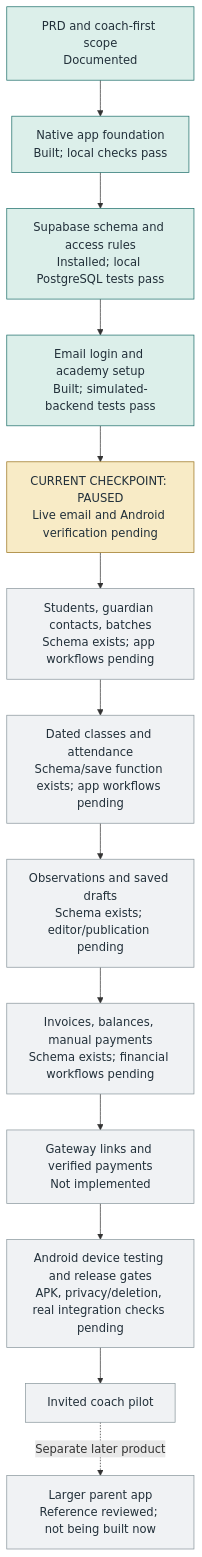
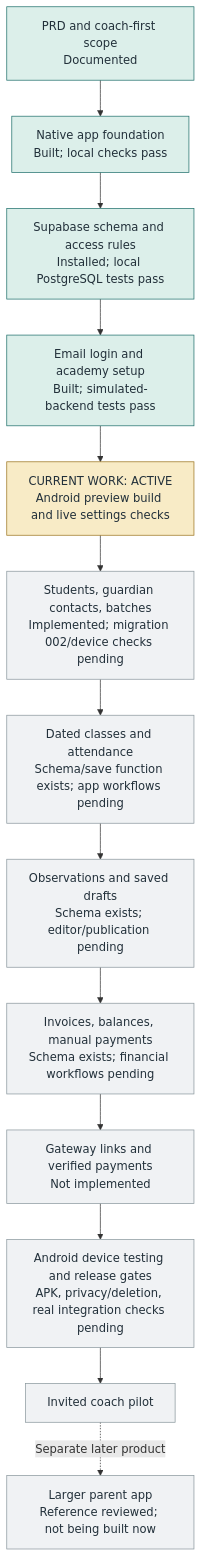
Before and after one commit to appsworld2027/Parent-plus-: the diagram in PROGRESS.md, drawn with Mermaid. The commit also changed other lines of this file and 29 other files, not shown here.

Commit message:
Build tested student and batch management; automate Android preview

````diff
--- a/PROGRESS.md
+++ b/PROGRESS.md
@@ -16,21 +16,21 @@
 ```mermaid
 flowchart TD
     A["PRD and coach-first scope<br/>Documented"] --> B["Native app foundation<br/>Built; local checks pass"]
     B --> C["Supabase schema and access rules<br/>Installed; local PostgreSQL tests pass"]
     C --> D["Email login and academy setup<br/>Built; simulated-backend tests pass"]
-    D --> E["CURRENT CHECKPOINT: PAUSED<br/>Live email and Android verification pending"]
-    E --> F["Students, guardian contacts, batches<br/>Schema exists; app workflows pending"]
+    D --> E["CURRENT WORK: ACTIVE<br/>Android preview build and live settings checks"]
+    E --> F["Students, guardian contacts, batches<br/>Implemented; migration 002/device checks pending"]
     F --> G["Dated classes and attendance<br/>Schema/save function exists; app workflows pending"]
     G --> H["Observations and saved drafts<br/>Schema exists; editor/publication pending"]
     H --> I["Invoices, balances, manual payments<br/>Schema exists; financial workflows pending"]
     I --> J["Gateway links and verified payments<br/>Not implemented"]
     J --> K["Android device testing and release gates<br/>APK, privacy/deletion, real integration checks pending"]
     K --> L["Invited coach pilot"]
     L -. "Separate later product" .-> M["Larger parent app<br/>Reference reviewed; not being built now"]
     classDef implemented fill:#dcefea,stroke:#1f6f6b,color:#22303a;
     classDef checkpoint fill:#f8ebc6,stroke:#9b741e,color:#22303a;
     classDef pending fill:#f0f2f4,stroke:#8a979d,color:#22303a;
     class A,B,C,D implemented;
     class E checkpoint;
     class F,G,H,I,J,K,L,M pending;
 ```
````
